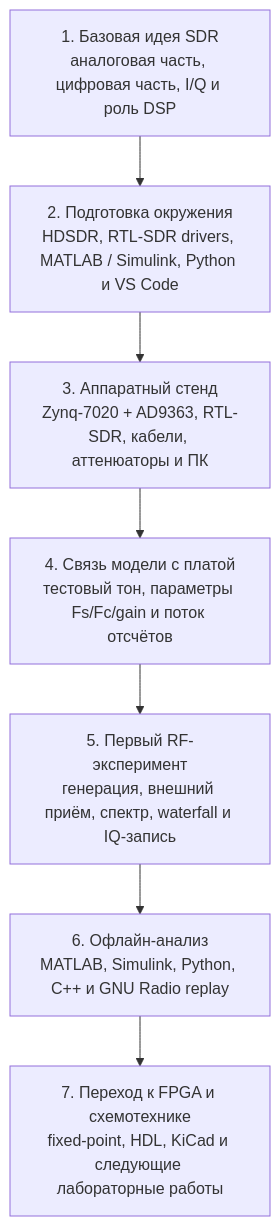
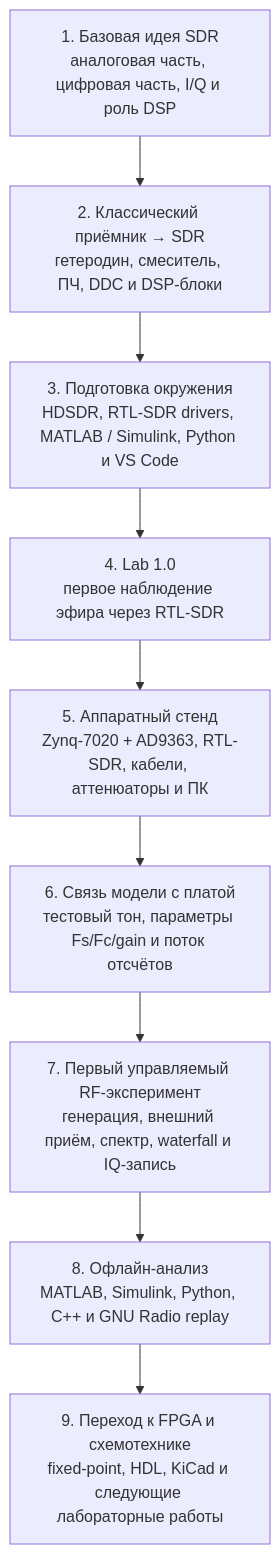
One commit to Lay007/zynq-sdr-course changed the third of 3 diagrams in blocks/block_01_intro_sdr/README_ru.md. Above: the diagram before and after it, drawn with Mermaid. The commit also changed other lines of this file, not shown here.

Commit message:
docs: strengthen Block 1 with classical receiver to SDR bridge

````diff
--- a/blocks/block_01_intro_sdr/README_ru.md
+++ b/blocks/block_01_intro_sdr/README_ru.md
@@ -20,12 +78,14 @@
 ```mermaid
 flowchart TB
     THEORY["1. Базовая идея SDR<br/>аналоговая часть, цифровая часть, I/Q и роль DSP"]
-    SETUP["2. Подготовка окружения<br/>HDSDR, RTL-SDR drivers, MATLAB / Simulink, Python и VS Code"]
-    HARDWARE["3. Аппаратный стенд<br/>Zynq-7020 + AD9363, RTL-SDR, кабели, аттенюаторы и ПК"]
-    MODEL["4. Связь модели с платой<br/>тестовый тон, параметры Fs/Fc/gain и поток отсчётов"]
-    LAB["5. Первый RF-эксперимент<br/>генерация, внешний приём, спектр, waterfall и IQ-запись"]
-    ANALYSIS["6. Офлайн-анализ<br/>MATLAB, Simulink, Python, C++ и GNU Radio replay"]
-    NEXT["7. Переход к FPGA и схемотехнике<br/>fixed-point, HDL, KiCad и следующие лабораторные работы"]
+    CLASSIC["2. Классический приёмник → SDR<br/>гетеродин, смеситель, ПЧ, DDC и DSP-блоки"]
+    SETUP["3. Подготовка окружения<br/>HDSDR, RTL-SDR drivers, MATLAB / Simulink, Python и VS Code"]
+    RTL["4. Lab 1.0<br/>первое наблюдение эфира через RTL-SDR"]
+    HARDWARE["5. Аппаратный стенд<br/>Zynq-7020 + AD9363, RTL-SDR, кабели, аттенюаторы и ПК"]
+    MODEL["6. Связь модели с платой<br/>тестовый тон, параметры Fs/Fc/gain и поток отсчётов"]
+    LAB["7. Первый управляемый RF-эксперимент<br/>генерация, внешний приём, спектр, waterfall и IQ-запись"]
+    ANALYSIS["8. Офлайн-анализ<br/>MATLAB, Simulink, Python, C++ и GNU Radio replay"]
+    NEXT["9. Переход к FPGA и схемотехнике<br/>fixed-point, HDL, KiCad и следующие лабораторные работы"]
 
-    THEORY --> SETUP --> HARDWARE --> MODEL --> LAB --> ANALYSIS --> NEXT
+    THEORY --> CLASSIC --> SETUP --> RTL --> HARDWARE --> MODEL --> LAB --> ANALYSIS --> NEXT
 ```
````
